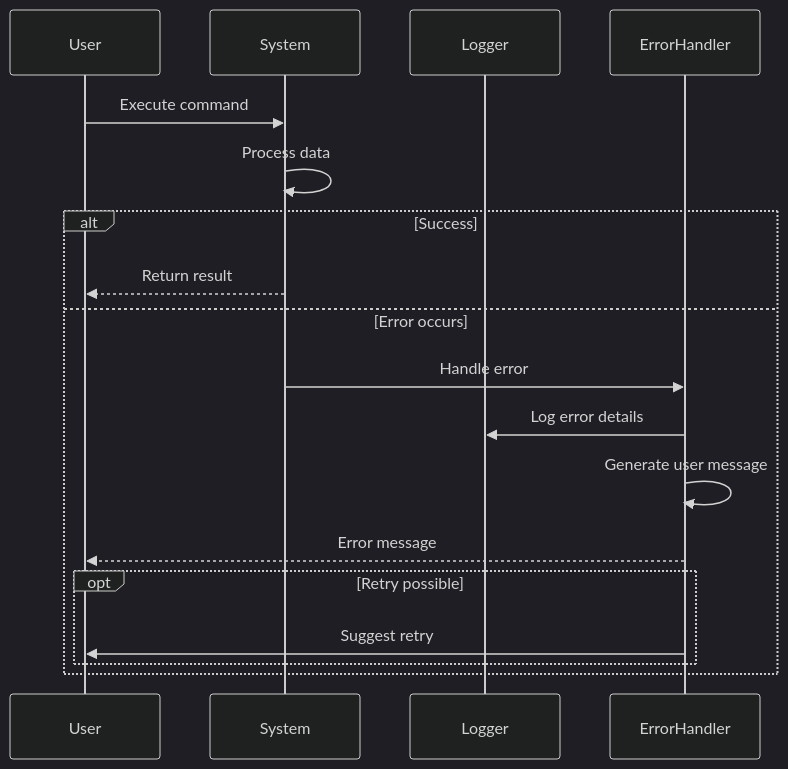
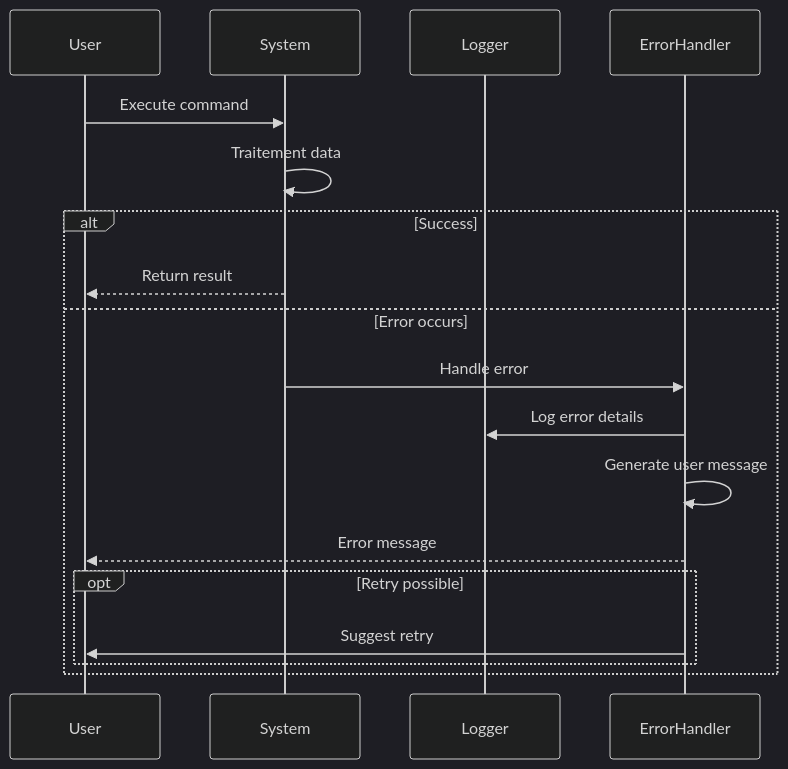
One commit to sducournau/IGN_LIDAR_HD_DATASET changed the sixth of 12 diagrams in website/i18n/fr/docusaurus-plugin-content-docs/current/mermaid-reference.md. Above: the diagram before and after it, drawn with Mermaid (dark theme). The commit also changed other lines of this file and 42 other files, not shown here.

````diff
--- a/website/i18n/fr/docusaurus-plugin-content-docs/current/mermaid-reference.md
+++ b/website/i18n/fr/docusaurus-plugin-content-docs/current/mermaid-reference.md
@@ -121,23 +113,23 @@
 ```mermaid
 sequenceDiagram
     participant U as User
     participant S as System
     participant L as Logger
     participant E as ErrorHandler
 
     U->>S: Execute command
-    S->>S: Process data
+    S->>S: Traitement data
 
     alt Success
         S-->>U: Return result
     else Error occurs
         S->>E: Handle error
         E->>L: Log error details
         E->>E: Generate user message
         E-->>U: Error message
 
         opt Retry possible
             E->>U: Suggest retry
         end
     end
 ```
````
